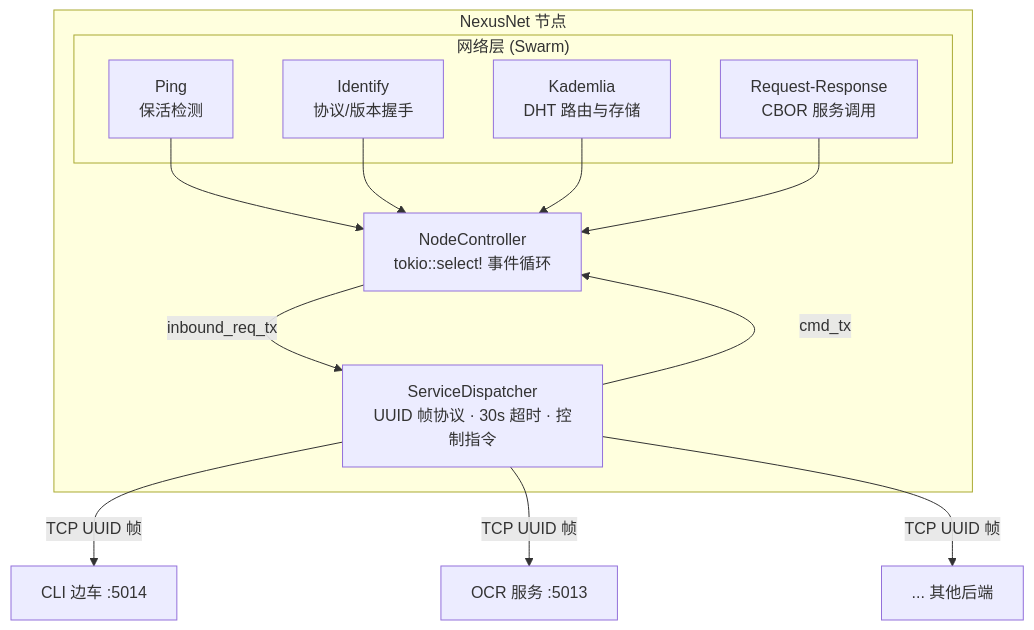
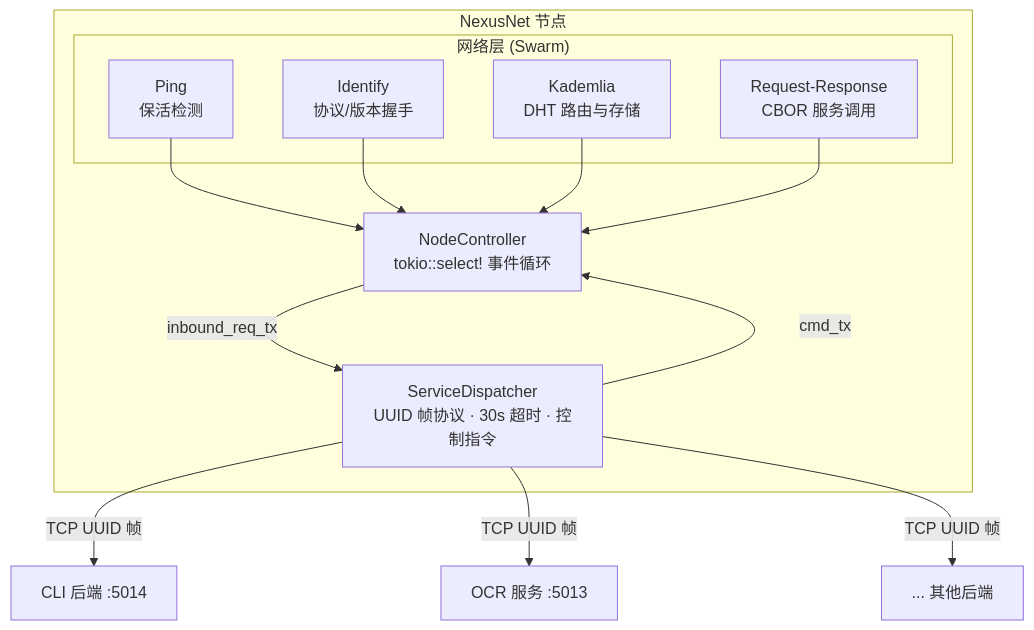
One commit to rplague/NexusNet changed the diagram in README.zh-CN.md. Above: the diagram before and after it, drawn with Mermaid. The commit also changed other lines of this file and 7 other files, not shown here.

````diff
--- a/README.zh-CN.md
+++ b/README.zh-CN.md
@@ -11,28 +9,28 @@
 ```mermaid
 graph TD
     subgraph N["NexusNet 节点"]
         subgraph SW["网络层 (Swarm)"]
             PING["Ping<br/>保活检测"]
             ID["Identify<br/>协议/版本握手"]
             KAD["Kademlia<br/>DHT 路由与存储"]
             RR["Request-Response<br/>CBOR 服务调用"]
         end
 
         NC["NodeController<br/>tokio::select! 事件循环"]
         SD["ServiceDispatcher<br/>UUID 帧协议 · 30s 超时 · 控制指令"]
     end
 
-    CLI["CLI 边车 :5014"]
+    CLI["CLI 后端 :5014"]
     OCR["OCR 服务 :5013"]
     MORE["... 其他后端"]
 
     PING --> NC
     ID --> NC
     KAD --> NC
     RR --> NC
     NC -->|inbound_req_tx| SD
     SD -->|cmd_tx| NC
     SD -->|TCP UUID 帧| CLI
     SD -->|TCP UUID 帧| OCR
     SD -->|TCP UUID 帧| MORE
 ```
````
